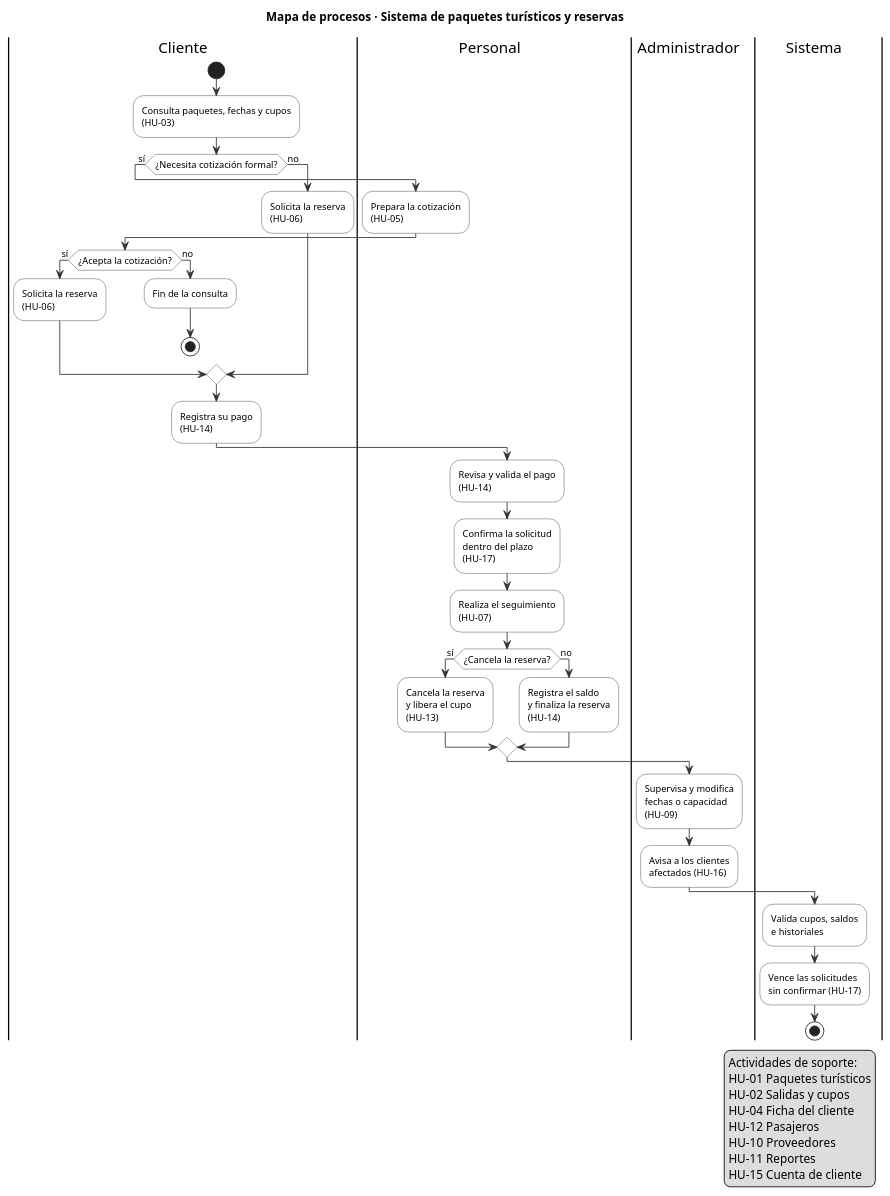
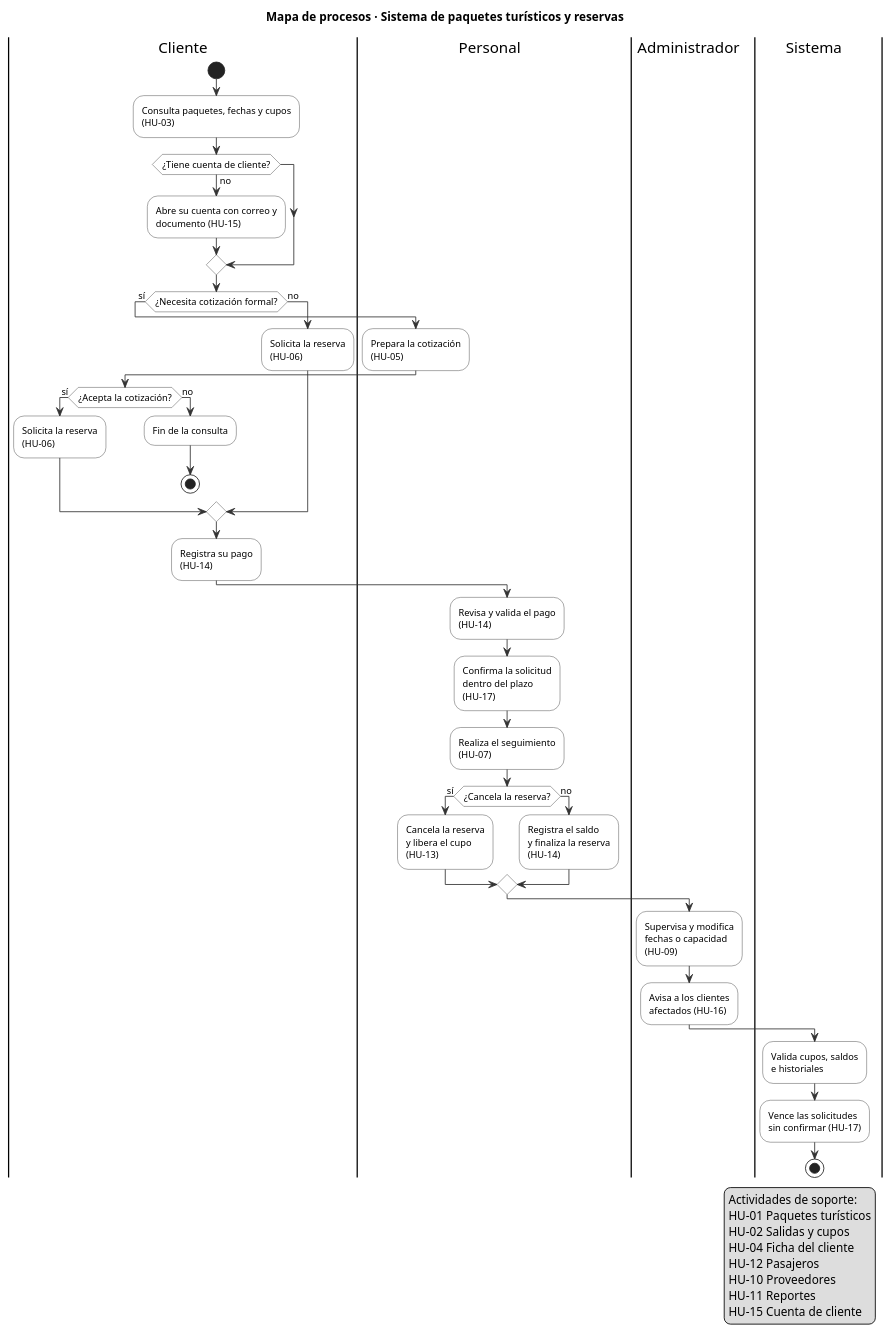
Before and after one commit to fervflow/sis-inf3-proyecto-formativo: the diagram in sistema/diagramas/uml/procesos/mapa-procesos.puml, drawn with PlantUML. The commit also changed 61 other files, not shown here.

```diff
--- a/sistema/diagramas/uml/procesos/mapa-procesos.puml
+++ b/sistema/diagramas/uml/procesos/mapa-procesos.puml
@@ -1,60 +1,63 @@
 @startuml
 title Mapa de procesos · Sistema de paquetes turísticos y reservas
-' Dos canales de atención (consulta y solicitud directa del cliente, y
+' Dos canales de atención (solicitud del cliente con su cuenta, y
 ' atención del personal) que desembocan en el mismo proceso validado.
 skinparam ActivityFontName Arial
 skinparam ActivityFontSize 11
 skinparam ActivityBackgroundColor #FFFFFF
 skinparam ActivityBorderColor #333333
 skinparam ArrowColor #333333
 skinparam swimlaneWidth 230
 
 |Cliente|
 start
 :Consulta paquetes, fechas y cupos\n(HU-03);
+if (¿Tiene cuenta de cliente?) then (no)
+  :Abre su cuenta con correo y\ndocumento (HU-15);
+endif
 if (¿Necesita cotización formal?) then (sí)
   |Personal|
   :Prepara la cotización\n(HU-05);
   |Cliente|
   if (¿Acepta la cotización?) then (sí)
     :Solicita la reserva\n(HU-06);
   else (no)
     :Fin de la consulta;
     stop
   endif
 else (no)
   :Solicita la reserva\n(HU-06);
 endif
 :Registra su pago\n(HU-14);
 
 |Personal|
 :Revisa y valida el pago\n(HU-14);
 :Confirma la solicitud\ndentro del plazo\n(HU-17);
 :Realiza el seguimiento\n(HU-07);
 if (¿Cancela la reserva?) then (sí)
   :Cancela la reserva\ny libera el cupo\n(HU-13);
 else (no)
   :Registra el saldo\ny finaliza la reserva\n(HU-14);
 endif
 
 |Administrador|
 :Supervisa y modifica\nfechas o capacidad\n(HU-09);
 :Avisa a los clientes\nafectados (HU-16);
 
 |Sistema|
 :Valida cupos, saldos\ne historiales;
 :Vence las solicitudes\nsin confirmar (HU-17);
 
 stop
 
 legend right
   Actividades de soporte:
   HU-01 Paquetes turísticos
   HU-02 Salidas y cupos
   HU-04 Ficha del cliente
   HU-12 Pasajeros
   HU-10 Proveedores
   HU-11 Reportes
   HU-15 Cuenta de cliente
 end legend
 @enduml
```
